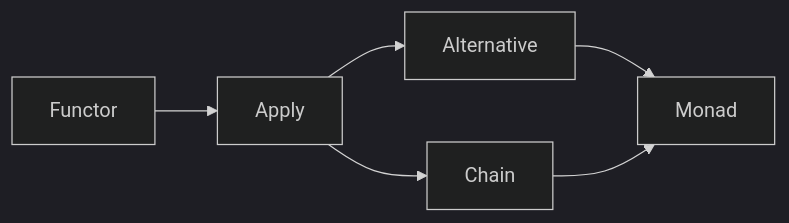
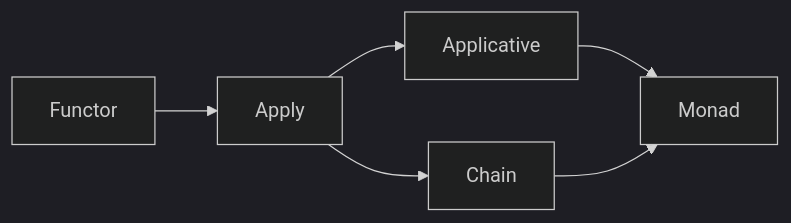
One commit to sanv92/fp changed the diagram in content/monad/_index.md. Above: the diagram before and after it, drawn with Mermaid (dark theme). The commit also changed other lines of this file and 41 other files, not shown here.

```diff
--- a/content/monad/_index.md
+++ b/content/monad/_index.md
@@ -11,9 +16,9 @@
 {{<mermaid align="center">}}
 graph LR;
     A[Functor] --> B[Apply]
-    B --> D[Alternative]
+    B --> D[Applicative]
     D --> C[Monad]
 
     Z[Chain] --> C[Monad]
     B --> Z[Chain]
 {{</mermaid>}}
```
